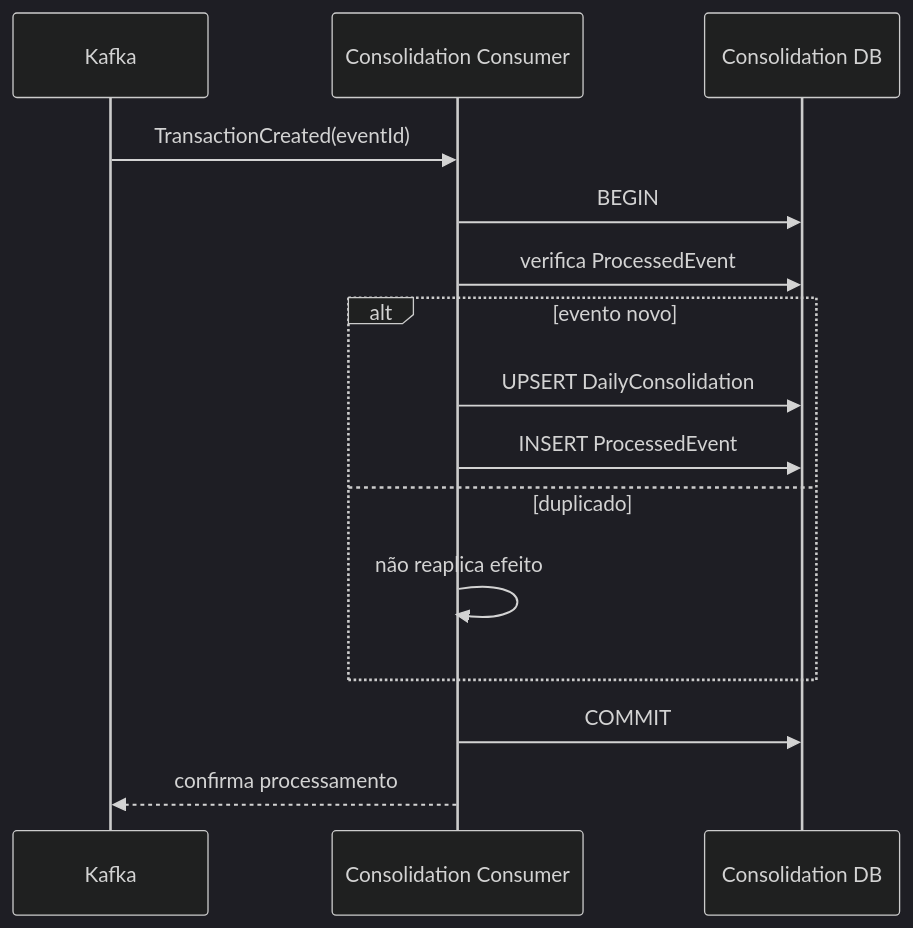
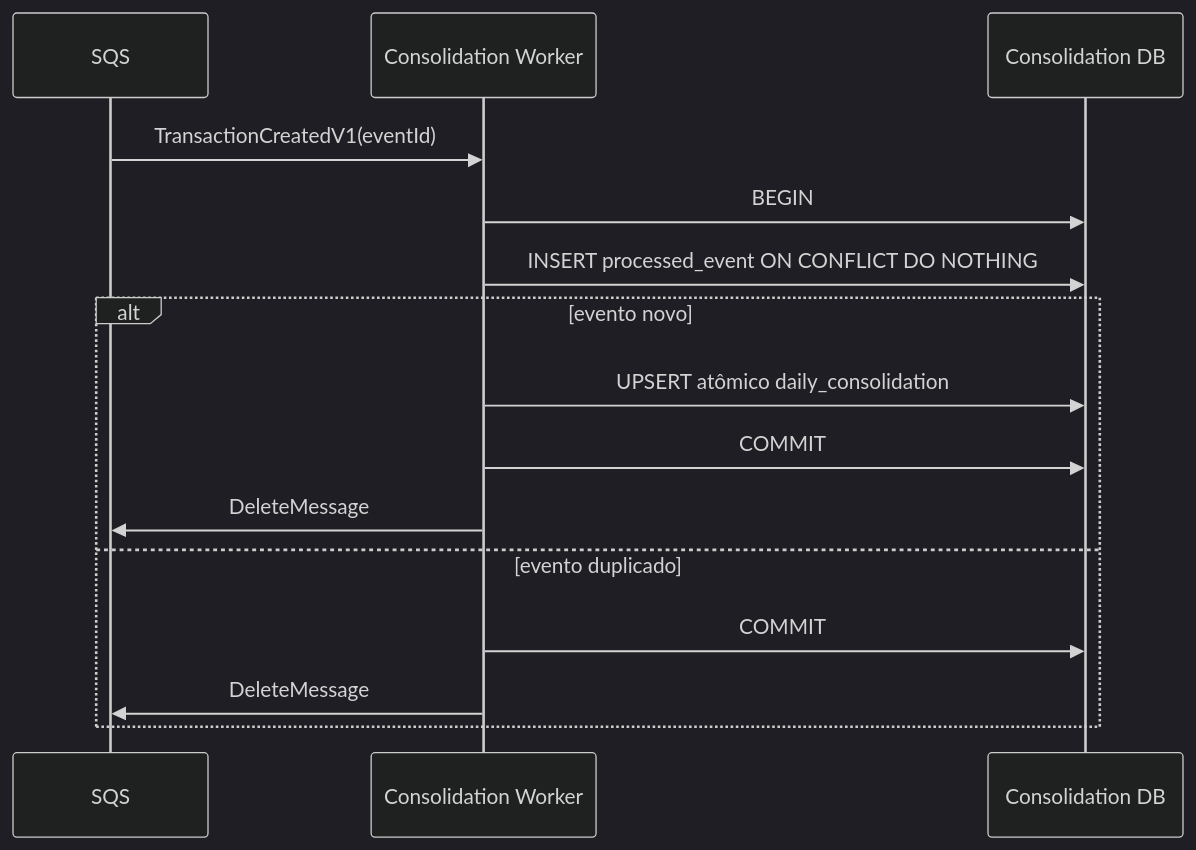
The second of 8 diagrams in docs/04-views/Dynamic-Views.md (ThiagoFerraciolli/cash-flow-architecture), drawn with Mermaid (dark theme) before and after one commit. The commit also changed other lines of this file, not shown here.

Commit message:
docs: corrige fluxos dinamicos para outbox e SQS

````diff
--- a/docs/04-views/Dynamic-Views.md
+++ b/docs/04-views/Dynamic-Views.md
@@ -29,18 +32,18 @@
 ```mermaid
 sequenceDiagram
-    participant K as Kafka
-    participant C as Consolidation Consumer
+    participant Q as SQS
+    participant C as Consolidation Worker
     participant DB as Consolidation DB
 
-    K->>C: TransactionCreated(eventId)
+    Q->>C: TransactionCreatedV1(eventId)
     C->>DB: BEGIN
-    C->>DB: verifica ProcessedEvent
+    C->>DB: INSERT processed_event ON CONFLICT DO NOTHING
     alt evento novo
-        C->>DB: UPSERT DailyConsolidation
-        C->>DB: INSERT ProcessedEvent
-    else duplicado
-        C->>C: não reaplica efeito
+        C->>DB: UPSERT atômico daily_consolidation
+        C->>DB: COMMIT
+        C->>Q: DeleteMessage
+    else evento duplicado
+        C->>DB: COMMIT
+        C->>Q: DeleteMessage
     end
-    C->>DB: COMMIT
-    C-->>K: confirma processamento
 ```
````
